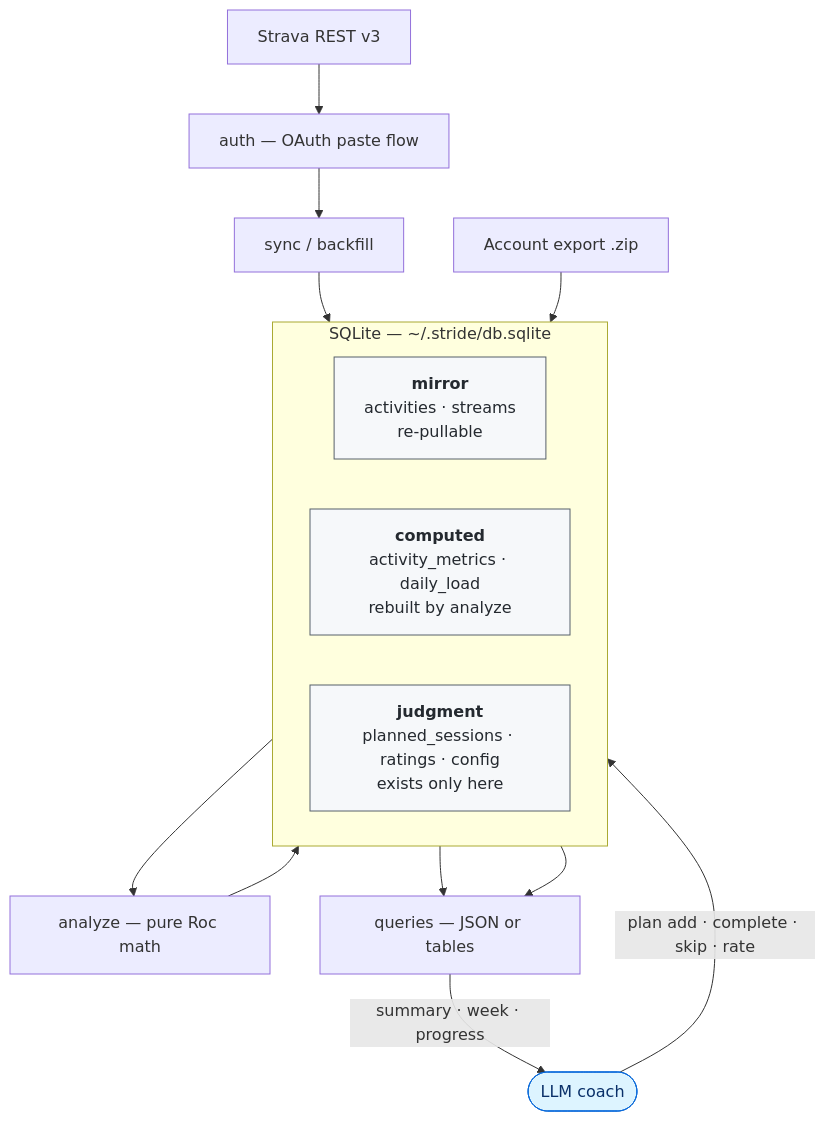
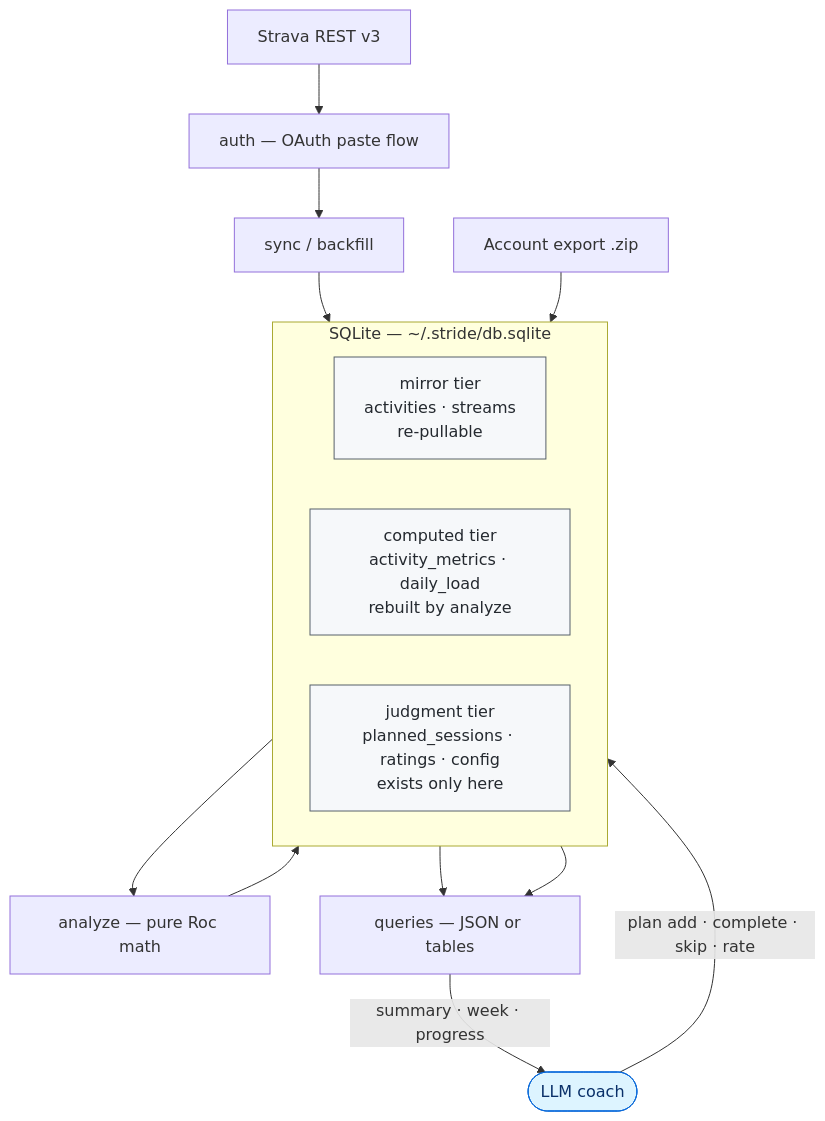
The diagram in README.md (eschizoid/stride), drawn with Mermaid before and after one commit.

Commit message:
docs: drop <b> tags from the mermaid diagram
They rendered as literal text — the node read "<b> mirror </b>" — because the
renderer has htmlLabels off. It special-cases <br>, which is why the line breaks
worked while the bold tags leaked through verbatim.

The tier names carry their own emphasis now ("mirror tier"), so nothing is lost.
<br> stays: it is demonstrably handled, and it is the only HTML left in the block.

````diff
--- a/README.md
+++ b/README.md
@@ -266,31 +266,31 @@
 ```mermaid
 flowchart TD
     strava["Strava REST v3"]
     export["Account export .zip"]
     auth["auth — OAuth paste flow"]
     sync["sync / backfill"]
 
     subgraph db["SQLite — ~/.stride/db.sqlite"]
         direction LR
-        mirror["<b>mirror</b><br>activities · streams<br>re-pullable"]
-        computed["<b>computed</b><br>activity_metrics · daily_load<br>rebuilt by analyze"]
-        judgment["<b>judgment</b><br>planned_sessions · ratings · config<br>exists only here"]
+        mirror["mirror tier<br>activities · streams<br>re-pullable"]
+        computed["computed tier<br>activity_metrics · daily_load<br>rebuilt by analyze"]
+        judgment["judgment tier<br>planned_sessions · ratings · config<br>exists only here"]
     end
 
     analyze["analyze — pure Roc math"]
     queries["queries — JSON or tables"]
     coach(["LLM coach"])
 
     strava --> auth --> sync --> mirror
     export --> mirror
     mirror --> analyze --> computed
     computed --> queries
     judgment --> queries
     queries -->|"summary · week · progress"| coach
     coach -->|"plan add · complete · skip · rate"| judgment
 
     classDef tier fill:#f6f8fa,stroke:#57606a,color:#24292f
     classDef actor fill:#ddf4ff,stroke:#0969da,color:#0a3069
     class mirror,computed,judgment tier
     class coach actor
 ```
````
